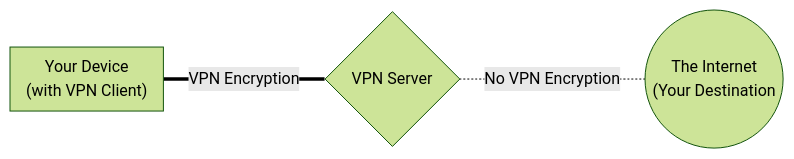
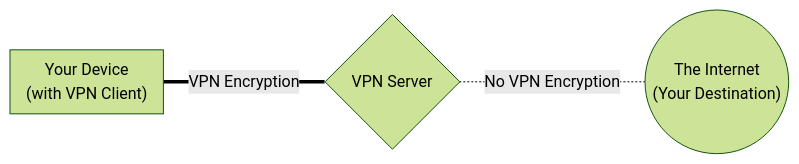
One commit to privacyguides/privacyguides.org changed the diagram in docs/basics/vpn-overview.md. Above: the diagram before and after it, drawn with Mermaid (forest theme).

Commit message:
add closing parenthesis

````diff
--- a/docs/basics/vpn-overview.md
+++ b/docs/basics/vpn-overview.md
@@ -25,7 +25,7 @@
 ``` mermaid
 flowchart LR
  763931["Your Device<div>(with VPN Client)</div>"] ===|"VPN Encryption"| 404512{"VPN Server"}
- 404512 -.-|"No VPN Encryption"| 593753(("The Internet<div>(Your Destination</div>"))
+ 404512 -.-|"No VPN Encryption"| 593753(("The Internet<div>(Your Destination)</div>"))
  subgraph 763931["Your Device<div>(with VPN Client)</div>"]
  end
 ```
````
